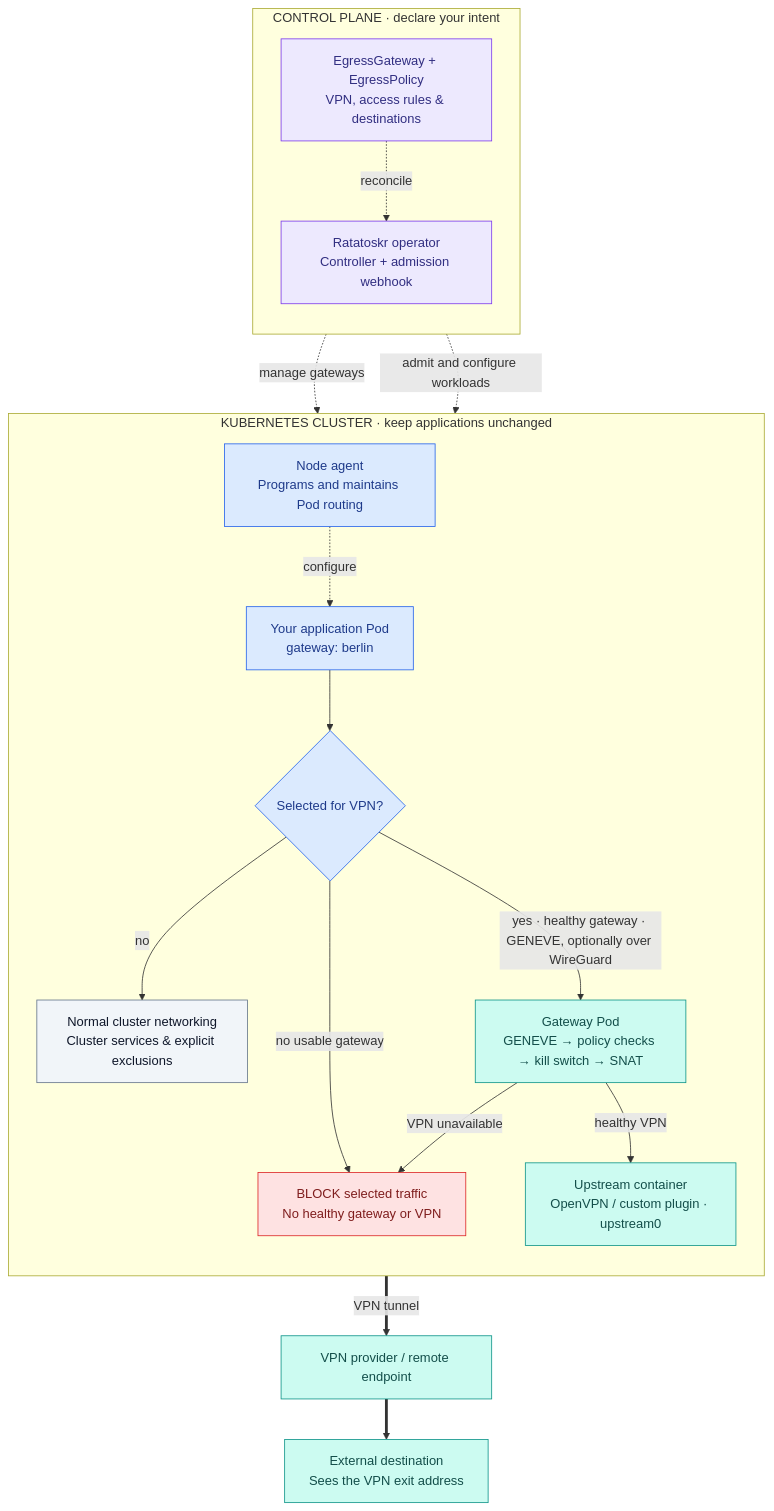
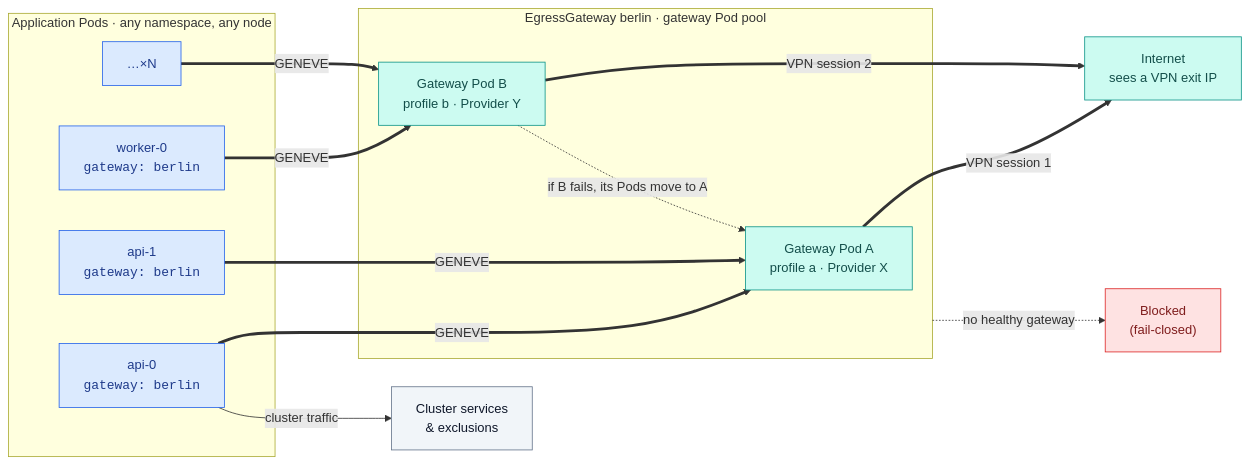
The second of 2 diagrams in README.md (jradikk/ratatoskr), drawn with Mermaid before and after one commit. The commit also changed other lines of this file and 6 other files, not shown here.

````diff
--- a/README.md
+++ b/README.md
@@ -41,46 +148,35 @@
 ```mermaid
-flowchart TB
-    subgraph control["CONTROL PLANE · declare your intent"]
-        direction TB
-        API["EgressGateway + EgressPolicy<br/>VPN, access rules & destinations"]
-        OP["Ratatoskr operator<br/>Controller + admission webhook"]
-        API -.->|reconcile| OP
+flowchart LR
+    subgraph apps["Application Pods · any namespace, any node"]
+        A1["api-0<br/><code>gateway: berlin</code>"]
+        A2["api-1<br/><code>gateway: berlin</code>"]
+        A3["worker-0<br/><code>gateway: berlin</code>"]
+        A4["…×N"]
     end
 
-    subgraph cluster["KUBERNETES CLUSTER · keep applications unchanged"]
-        direction TB
-        POD["Your application Pod<br/>gateway: berlin"]
-        AGENT["Node agent<br/>Programs and maintains Pod routing"]
-        ROUTE{"Selected for VPN?"}
-        DIRECT["Normal cluster networking<br/>Cluster services & explicit exclusions"]
-        GW["Gateway Pod<br/>GENEVE → policy checks → kill switch → SNAT"]
-        VPN["Upstream container<br/>OpenVPN / custom plugin · upstream0"]
-        BLOCK["BLOCK selected traffic<br/>No healthy gateway or VPN"]
-
-        AGENT -.->|configure| POD
-        POD --> ROUTE
-        ROUTE -->|no| DIRECT
-        ROUTE -->|"yes · healthy gateway · GENEVE, optionally over WireGuard"| GW
-        ROUTE -->|no usable gateway| BLOCK
-        GW -->|healthy VPN| VPN
-        GW -->|VPN unavailable| BLOCK
+    subgraph pool["EgressGateway berlin · gateway Pod pool"]
+        G1["Gateway Pod A<br/>profile a · Provider X"]
+        G2["Gateway Pod B<br/>profile b · Provider Y"]
     end
 
-    EXIT["VPN provider / remote endpoint"]
-    NET["External destination<br/>Sees the VPN exit address"]
-    OP -.->|manage gateways| GW
-    OP -.->|admit and configure workloads| AGENT
-    VPN ==>|VPN tunnel| EXIT
-    EXIT ==> NET
+    CLUSTER["Cluster services<br/>& exclusions"]
+    NET["Internet<br/>sees a VPN exit IP"]
+    BLOCK["Blocked<br/>(fail-closed)"]
 
-    classDef control fill:#ede9fe,stroke:#7c3aed,color:#312e81
-    classDef workload fill:#dbeafe,stroke:#2563eb,color:#1e3a8a
+    A1 & A2 ==>|GENEVE| G1
+    A3 & A4 ==>|GENEVE| G2
+    A1 -->|cluster traffic| CLUSTER
+    G1 ==>|VPN session 1| NET
+    G2 ==>|VPN session 2| NET
+    G2 -.->|"if B fails, its Pods move to A"| G1
+    pool -.->|no healthy gateway| BLOCK
+
+    classDef app fill:#dbeafe,stroke:#2563eb,color:#1e3a8a
     classDef tunnel fill:#ccfbf1,stroke:#0d9488,color:#134e4a
     classDef blocked fill:#fee2e2,stroke:#dc2626,color:#7f1d1d
     classDef neutral fill:#f1f5f9,stroke:#64748b,color:#0f172a
-    class API,OP control
-    class POD,AGENT,ROUTE workload
-    class GW,VPN,EXIT,NET tunnel
+    class A1,A2,A3,A4 app
+    class G1,G2,NET tunnel
     class BLOCK blocked
-    class DIRECT neutral
+    class CLUSTER neutral
 ```
````
